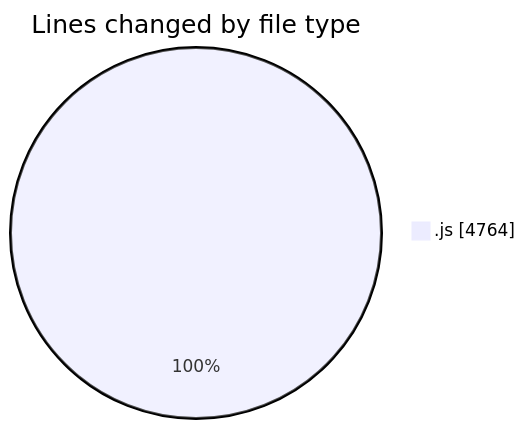
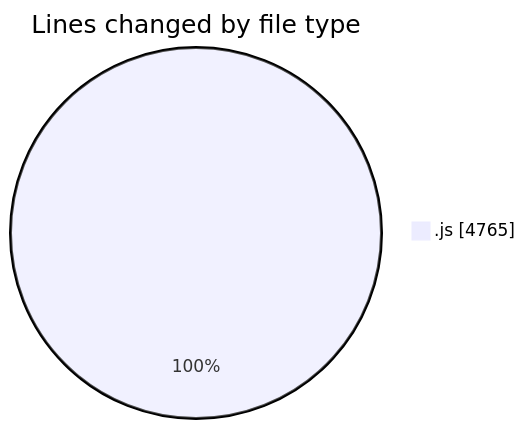
The first of 2 diagrams in 2025-09-02/nxtqube_webapp/README.md (nxtqubesakshisongat/code-tracking), drawn with Mermaid before and after one commit. The commit also changed other lines of this file and 1 other file, not shown here.

````diff
--- a/2025-09-02/nxtqube_webapp/README.md
+++ b/2025-09-02/nxtqube_webapp/README.md
@@ -20,5 +20,5 @@
 ```mermaid
 pie showData
 title Lines changed by file type
-".js" : 4764
+".js" : 4765
 ```
````
